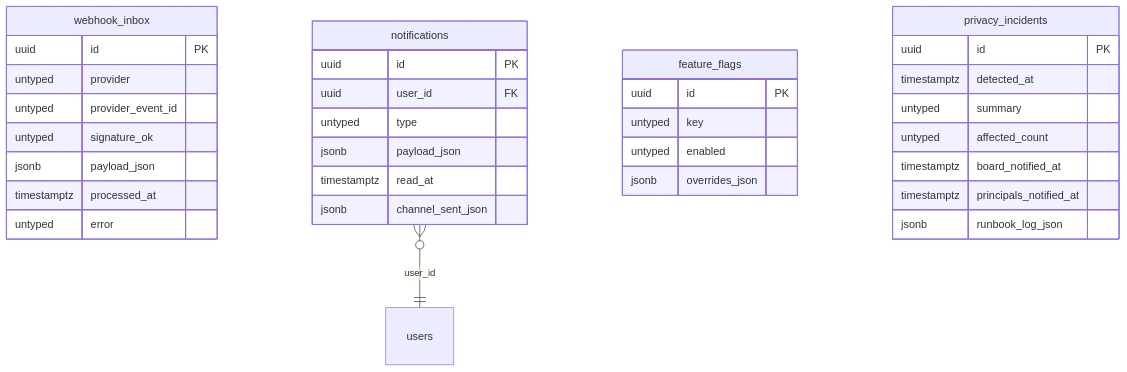
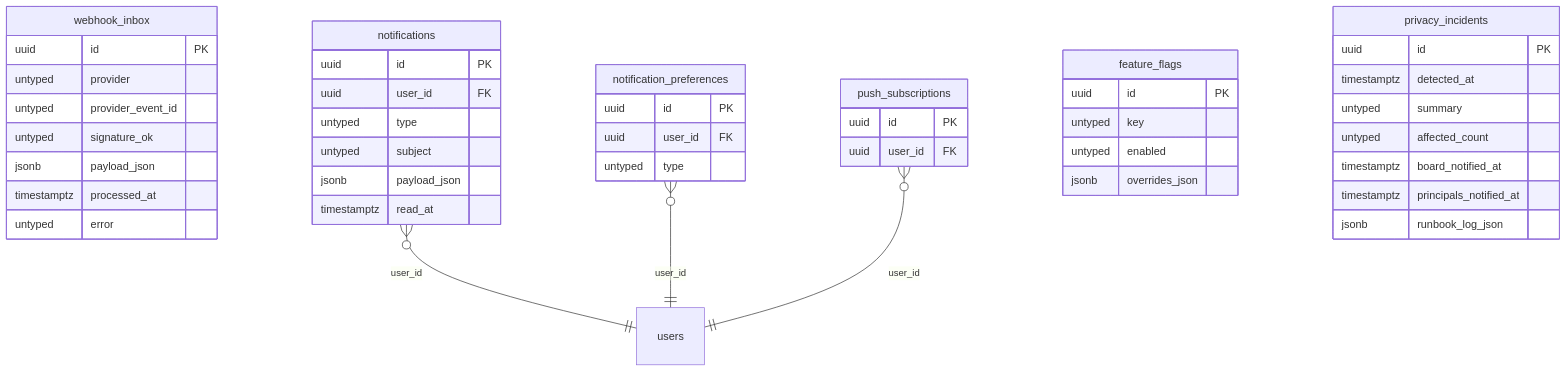
Before and after one commit to techaust/shakti_prime: diagram 16 of 16 in docs/data/ERD.md, drawn with Mermaid. The commit also changed other lines of this file and 4 other files, not shown here.

````diff
--- a/docs/data/ERD.md
+++ b/docs/data/ERD.md
@@ -1743,36 +1756,47 @@
 ```mermaid
 erDiagram
   webhook_inbox {
     uuid id PK
     untyped provider
     untyped provider_event_id
     untyped signature_ok
     jsonb payload_json
     timestamptz processed_at
     untyped error
   }
   notifications {
     uuid id PK
     uuid user_id FK
     untyped type
+    untyped subject
     jsonb payload_json
     timestamptz read_at
-    jsonb channel_sent_json
+  }
+  notification_preferences {
+    uuid id PK
+    uuid user_id FK
+    untyped type
+  }
+  push_subscriptions {
+    uuid id PK
+    uuid user_id FK
   }
   feature_flags {
     uuid id PK
     untyped key
     untyped enabled
     jsonb overrides_json
   }
   privacy_incidents {
     uuid id PK
     timestamptz detected_at
     untyped summary
     untyped affected_count
     timestamptz board_notified_at
     timestamptz principals_notified_at
     jsonb runbook_log_json
   }
   notifications }o--|| users : "user_id"
+  notification_preferences }o--|| users : "user_id"
+  push_subscriptions }o--|| users : "user_id"
 ```
````
